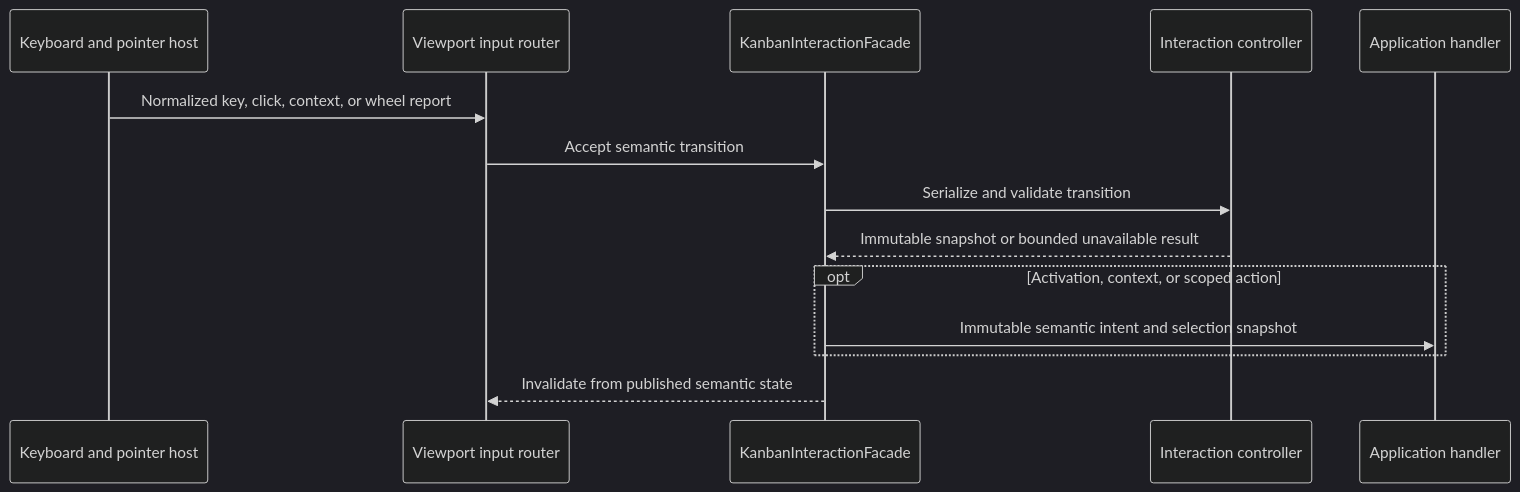
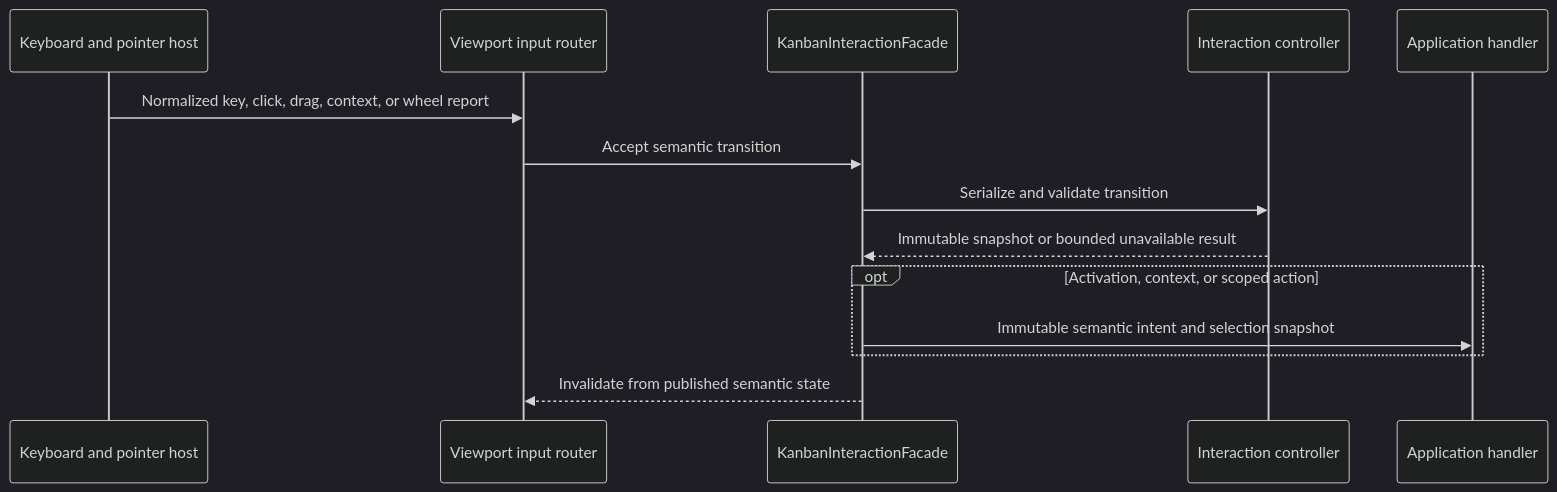
Before and after one commit to blendsdk/jsvision: the third of 3 diagrams in docs/architecture/kanban.md, drawn with Mermaid (dark theme). The commit also changed other lines of this file and 82 other files, not shown here.

````diff
--- a/docs/architecture/kanban.md
+++ b/docs/architecture/kanban.md
@@ -133,17 +142,17 @@
 ```mermaid
 sequenceDiagram
     participant H as Keyboard and pointer host
     participant V as Viewport input router
     participant F as KanbanInteractionFacade
     participant C as Interaction controller
     participant A as Application handler
 
-    H->>V: Normalized key, click, context, or wheel report
+    H->>V: Normalized key, click, drag, context, or wheel report
     V->>F: Accept semantic transition
     F->>C: Serialize and validate transition
     C-->>F: Immutable snapshot or bounded unavailable result
     opt Activation, context, or scoped action
         F->>A: Immutable semantic intent and selection snapshot
     end
     F-->>V: Invalidate from published semantic state
 ```
````
